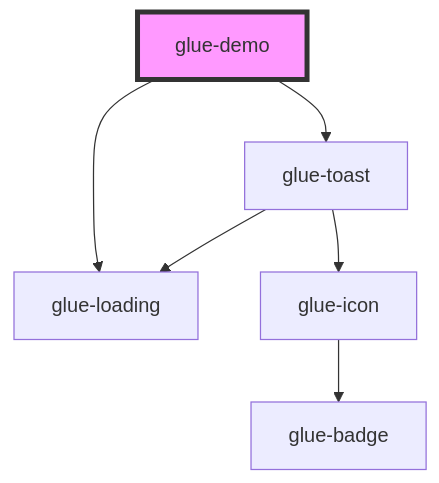
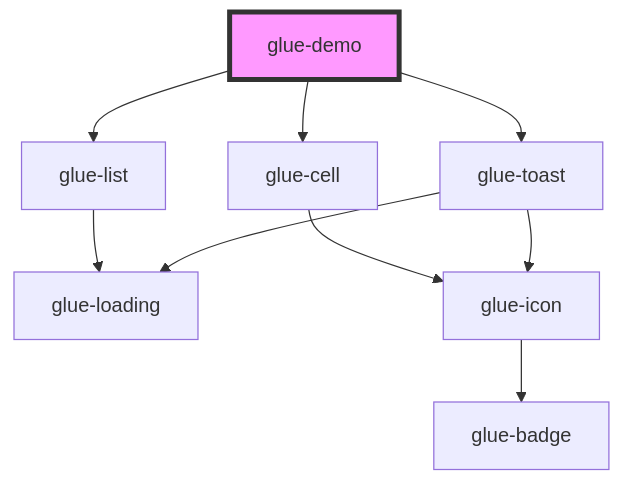
Before and after one commit to grasilife/glue: the diagram in packages/glue-components/src/components/glue-demo/readme.md, drawn with Mermaid. The commit also changed other lines of this file and 9 other files, not shown here.

````diff
--- a/packages/glue-components/src/components/glue-demo/readme.md
+++ b/packages/glue-components/src/components/glue-demo/readme.md
@@ -16,9 +17,12 @@
 ```mermaid
 graph TD;
-  glue-demo --> glue-loading
+  glue-demo --> glue-list
+  glue-demo --> glue-cell
   glue-demo --> glue-toast
+  glue-list --> glue-loading
+  glue-cell --> glue-icon
+  glue-icon --> glue-badge
   glue-toast --> glue-icon
   glue-toast --> glue-loading
-  glue-icon --> glue-badge
   style glue-demo fill:#f9f,stroke:#333,stroke-width:4px
 ```
````
